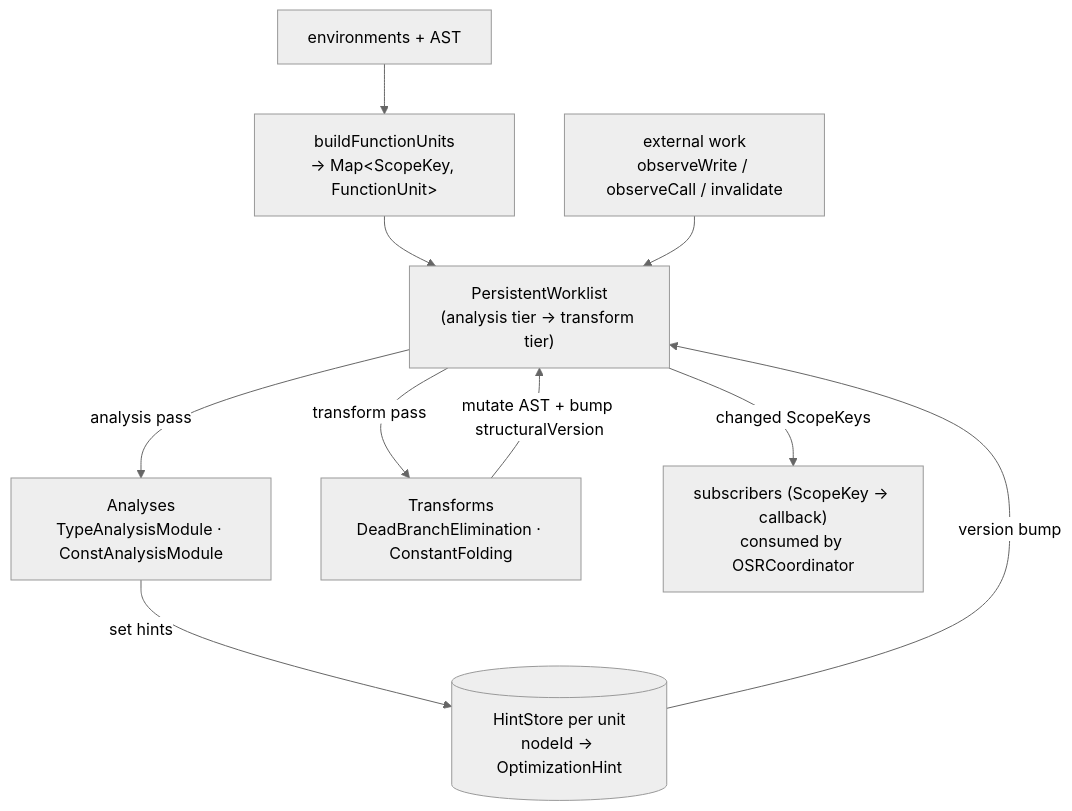
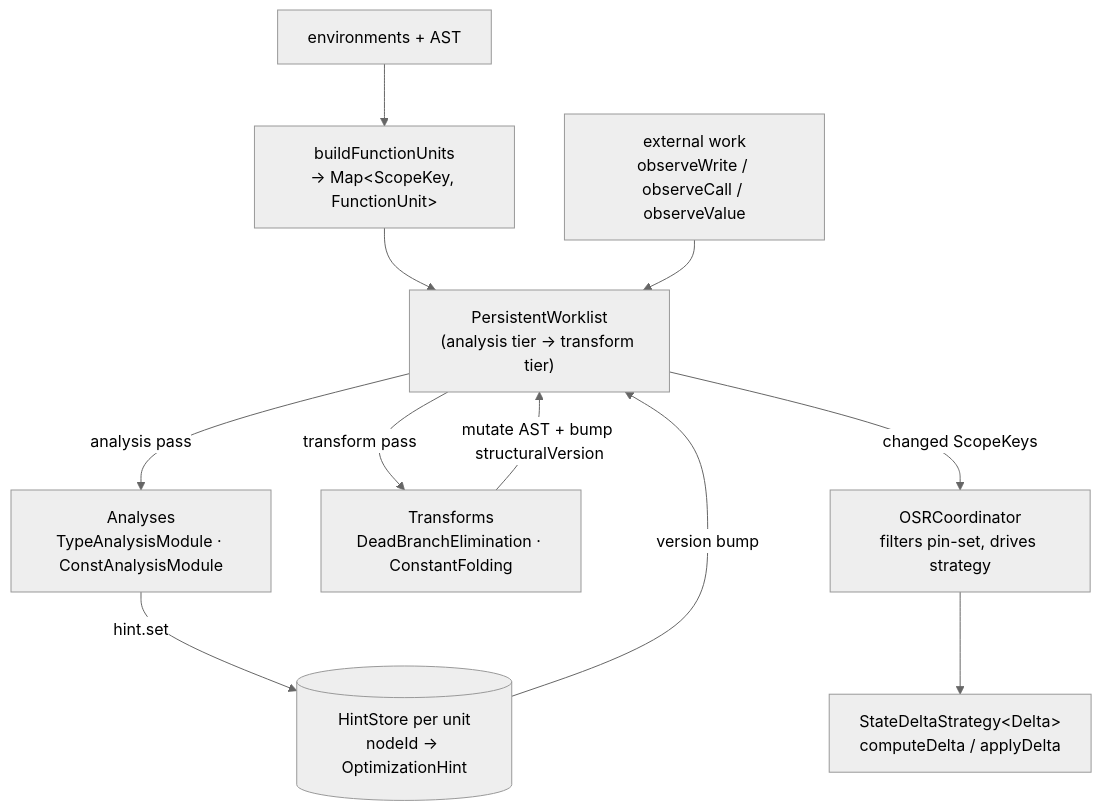
One commit to loyaltypollution/py-slang changed the third of 6 diagrams in docs/compilation-flow.md. Above: the diagram before and after it, drawn with Mermaid (neutral theme). The commit also changed other lines of this file and 30 other files, not shown here.

````diff
--- a/docs/compilation-flow.md
+++ b/docs/compilation-flow.md
@@ -107,19 +124,20 @@
 ```mermaid
 flowchart TB
     RESOLVE["environments + AST"]
     BUILD["buildFunctionUnits<br/>→ Map&lt;ScopeKey, FunctionUnit&gt;"]
     PW["PersistentWorklist<br/>(analysis tier → transform tier)"]
     ANA["Analyses<br/>TypeAnalysisModule · ConstAnalysisModule"]
     XF["Transforms<br/>DeadBranchElimination · ConstantFolding"]
     HS[("HintStore per unit<br/>nodeId → OptimizationHint")]
-    SUBS["subscribers (ScopeKey → callback)<br/>consumed by OSRCoordinator"]
+    OSR["OSRCoordinator<br/>filters pin-set, drives strategy"]
+    STRAT["StateDeltaStrategy&lt;Delta&gt;<br/>computeDelta / applyDelta"]
 
     RESOLVE --> BUILD --> PW
-    PW -->|analysis pass| ANA -->|set hints| HS
+    PW -->|analysis pass| ANA -->|hint.set| HS
     PW -->|transform pass| XF -->|mutate AST + bump structuralVersion| PW
     HS -->|version bump| PW
-    PW -->|changed ScopeKeys| SUBS
+    PW -->|changed ScopeKeys| OSR --> STRAT
 
-    EXT["external work<br/>observeWrite / observeCall / invalidate"]
+    EXT["external work<br/>observeWrite / observeCall / observeValue"]
     EXT --> PW
 ```
````
